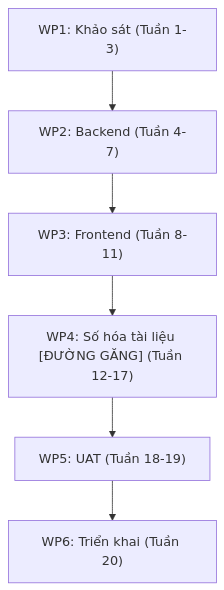
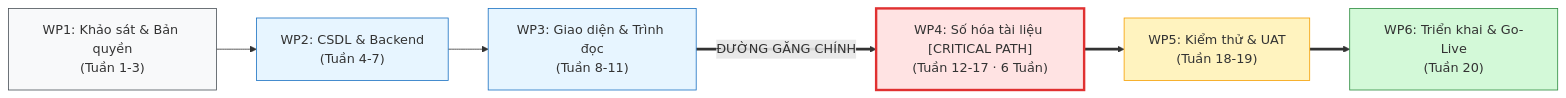
Before and after one commit to se-bros/hcmus-projectmanage--lab: the third of 3 diagrams in final-exam/preparation/4_Estimation_Planning_Process/README.md, drawn with Mermaid. The commit also changed other lines of this file and 1 other file, not shown here.

````diff
--- a/final-exam/preparation/4_Estimation_Planning_Process/README.md
+++ b/final-exam/preparation/4_Estimation_Planning_Process/README.md
@@ -211,9 +331,15 @@
 ```mermaid
-flowchart TD
-    %% Tự vẽ sơ đồ 6 gói công việc WBS và highlight WP4
-    WP1["WP1: Khảo sát (Tuần 1-3)"] --> WP2["WP2: Backend (Tuần 4-7)"]
-    WP2 --> WP3["WP3: Frontend (Tuần 8-11)"]
-    WP3 --> WP4["WP4: Số hóa tài liệu [ĐƯỜNG GĂNG] (Tuần 12-17)"]
-    WP4 --> WP5["WP5: UAT (Tuần 18-19)"]
-    WP5 --> WP6["WP6: Triển khai (Tuần 20)"]
+flowchart LR
+    WP1["WP1: Khảo sát & Bản quyền\n(Tuần 1-3)"] --> WP2["WP2: CSDL & Backend\n(Tuần 4-7)"]
+    WP2 --> WP3["WP3: Giao diện & Trình đọc\n(Tuần 8-11)"]
+    WP3 ==>|ĐƯỜNG GĂNG CHÍNH| WP4["WP4: Số hóa tài liệu [CRITICAL PATH]\n(Tuần 12-17 · 6 Tuần)"]
+    WP4 ==> WP5["WP5: Kiểm thử & UAT\n(Tuần 18-19)"]
+    WP5 ==> WP6["WP6: Triển khai & Go-Live\n(Tuần 20)"]
+
+    style WP1 fill:#f8f9fa,stroke:#495057
+    style WP2 fill:#e7f5ff,stroke:#1971c2
+    style WP3 fill:#e7f5ff,stroke:#1971c2
+    style WP4 fill:#ffe3e3,stroke:#e03131,stroke-width:3px
+    style WP5 fill:#fff3bf,stroke:#f59f00
+    style WP6 fill:#d3f9d8,stroke:#2b8a3e
 ```
````
